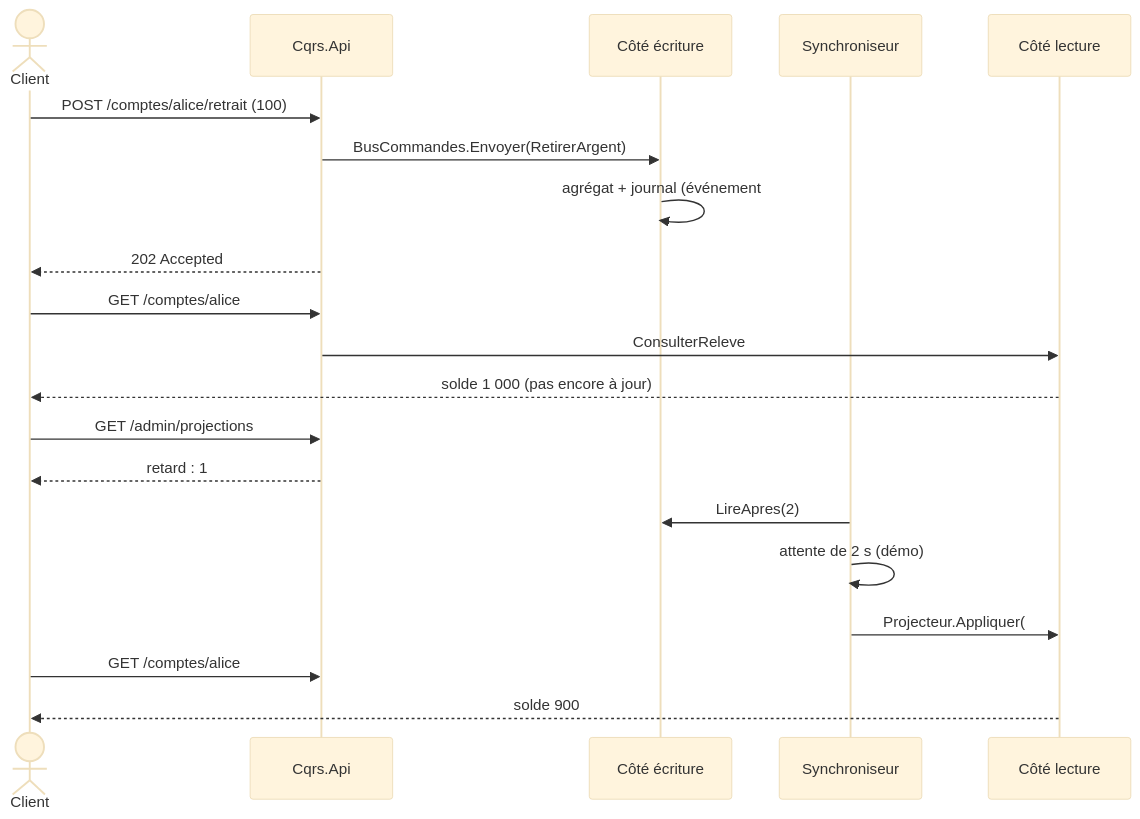
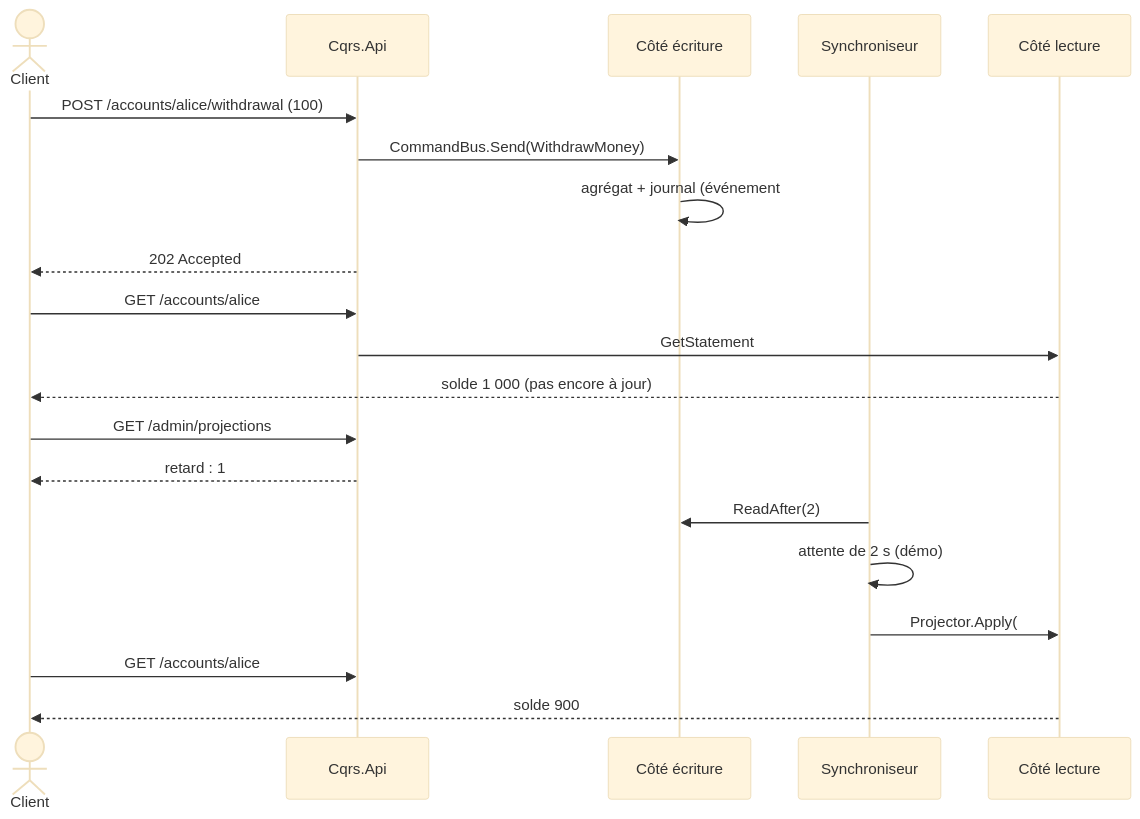
Before and after one commit to drangoht/ArchitecturesDemo: the second of 2 diagrams in Docs/09-cqrs.md, drawn with Mermaid (base theme). The commit also changed other lines of this file and 70 other files, not shown here.

Commit message:
Docs FR : identifiants, liens, diagrammes et sorties alignés sur le code anglais

````diff
--- a/Docs/09-cqrs.md
+++ b/Docs/09-cqrs.md
@@ -198,22 +198,22 @@
 ```mermaid
 sequenceDiagram
     actor Client
     participant API as Cqrs.Api
     participant E as Côté écriture
     participant S as Synchroniseur
     participant L as Côté lecture
-    Client->>API: POST /comptes/alice/retrait (100)
-    API->>E: BusCommandes.Envoyer(RetirerArgent)
+    Client->>API: POST /accounts/alice/withdrawal (100)
+    API->>E: CommandBus.Send(WithdrawMoney)
     E->>E: agrégat + journal (événement #3)
     API-->>Client: 202 Accepted
-    Client->>API: GET /comptes/alice
-    API->>L: ConsulterReleve
+    Client->>API: GET /accounts/alice
+    API->>L: GetStatement
     L-->>Client: solde 1 000 (pas encore à jour)
     Client->>API: GET /admin/projections
     API-->>Client: retard : 1
-    S->>E: LireApres(2)
+    S->>E: ReadAfter(2)
     S->>S: attente de 2 s (démo)
-    S->>L: Projecteur.Appliquer(#3)
-    Client->>API: GET /comptes/alice
+    S->>L: Projector.Apply(#3)
+    Client->>API: GET /accounts/alice
     L-->>Client: solde 900
 ```
````
